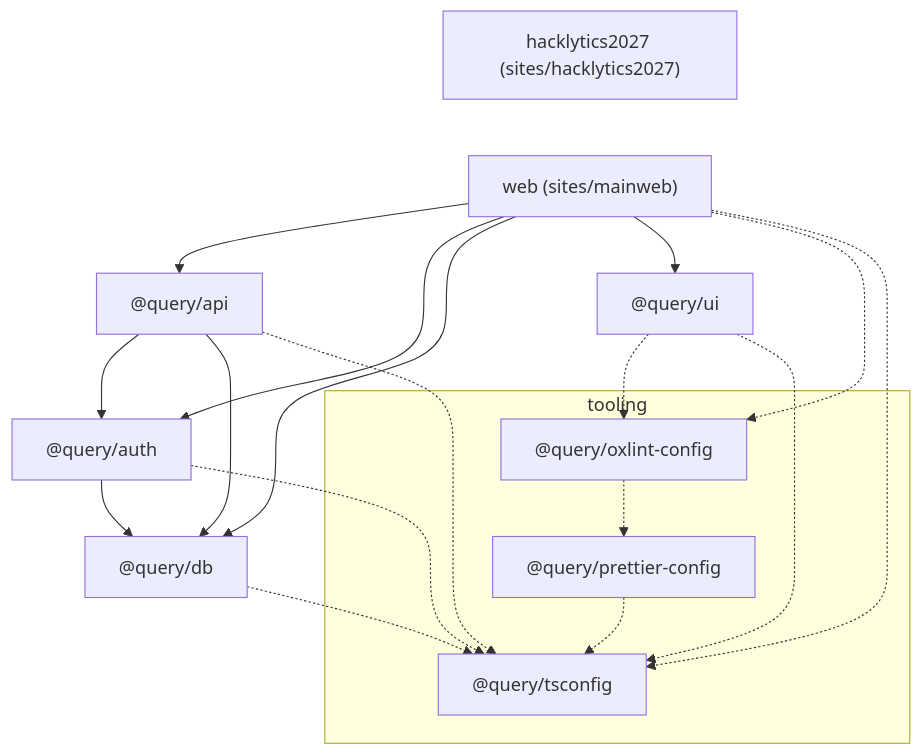
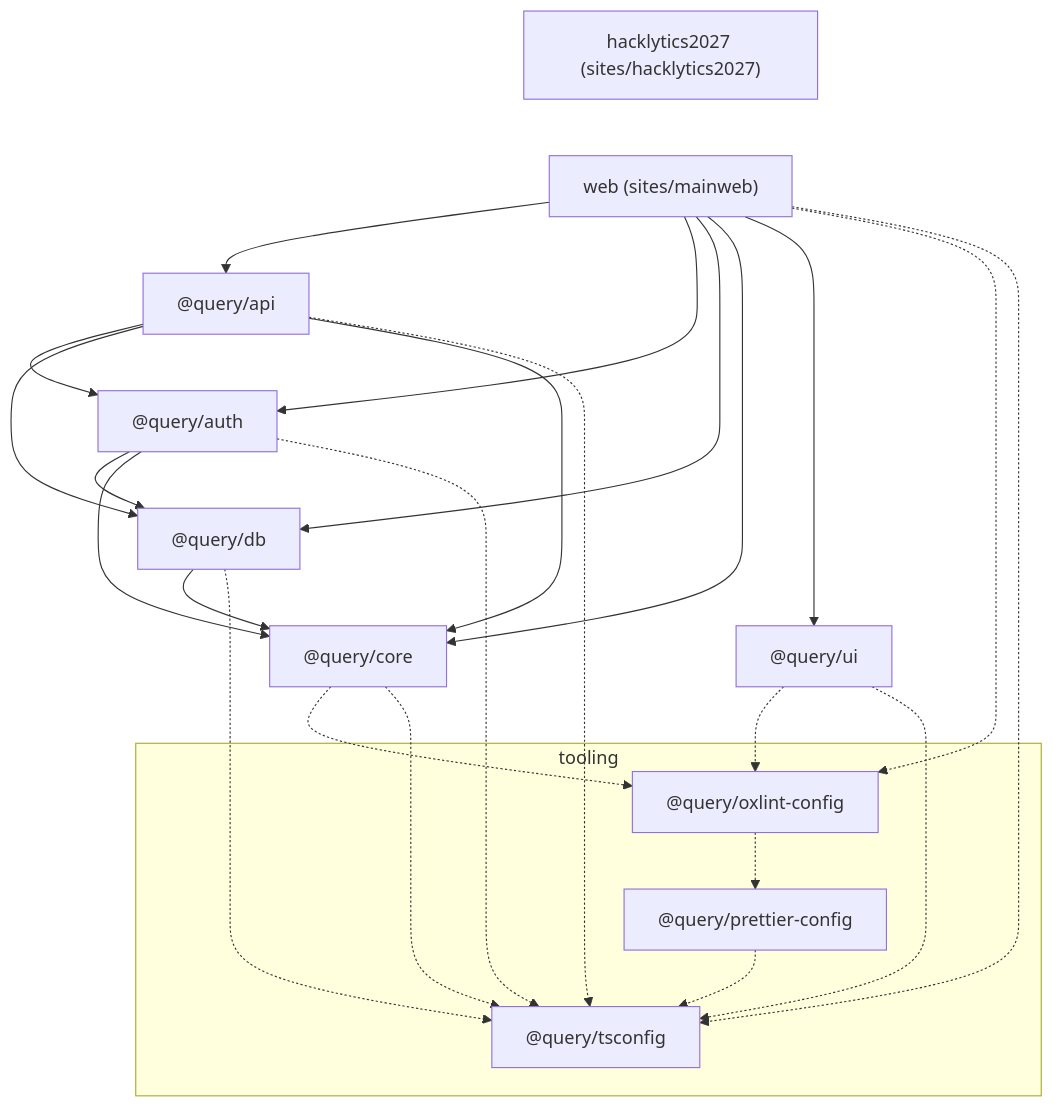
The first of 2 diagrams in docs/architecture.md (DataScience-GT/query), drawn with Mermaid before and after one commit. The commit also changed 42 other files, not shown here.

First line of the commit message:
refactor: import org, site and time constants from @query/core

````diff
--- a/docs/architecture.md
+++ b/docs/architecture.md
@@ -38,32 +38,39 @@
 ```mermaid
 flowchart TD
   web["web (sites/mainweb)"]
   hack["hacklytics2027 (sites/hacklytics2027)"]
   api["@query/api"]
   auth["@query/auth"]
   db["@query/db"]
+  core["@query/core"]
   ui["@query/ui"]
   subgraph tooling["tooling"]
     oxlint["@query/oxlint-config"]
     prettier["@query/prettier-config"]
     tsconfig["@query/tsconfig"]
   end
 
   web --> api
   web --> auth
   web --> db
+  web --> core
   web --> ui
   api --> auth
   api --> db
+  api --> core
   auth --> db
+  auth --> core
+  db --> core
   web -.-> oxlint
   web -.-> tsconfig
   ui -.-> oxlint
   ui -.-> tsconfig
   api -.-> tsconfig
   auth -.-> tsconfig
   db -.-> tsconfig
+  core -.-> oxlint
+  core -.-> tsconfig
   oxlint -.-> prettier
   prettier -.-> tsconfig
   hack ~~~ web
 ```
````
